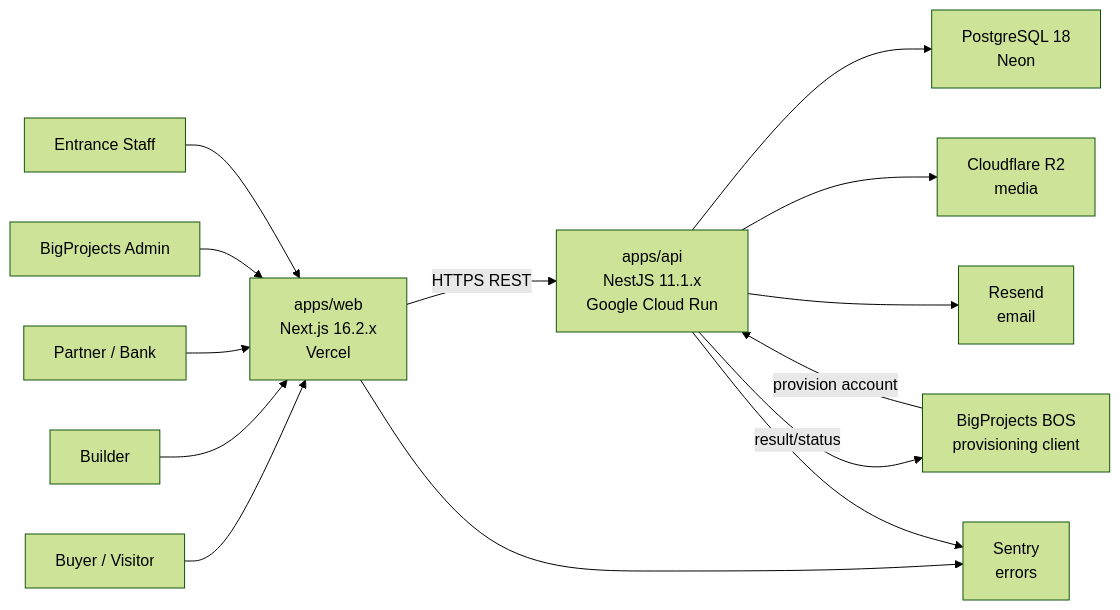
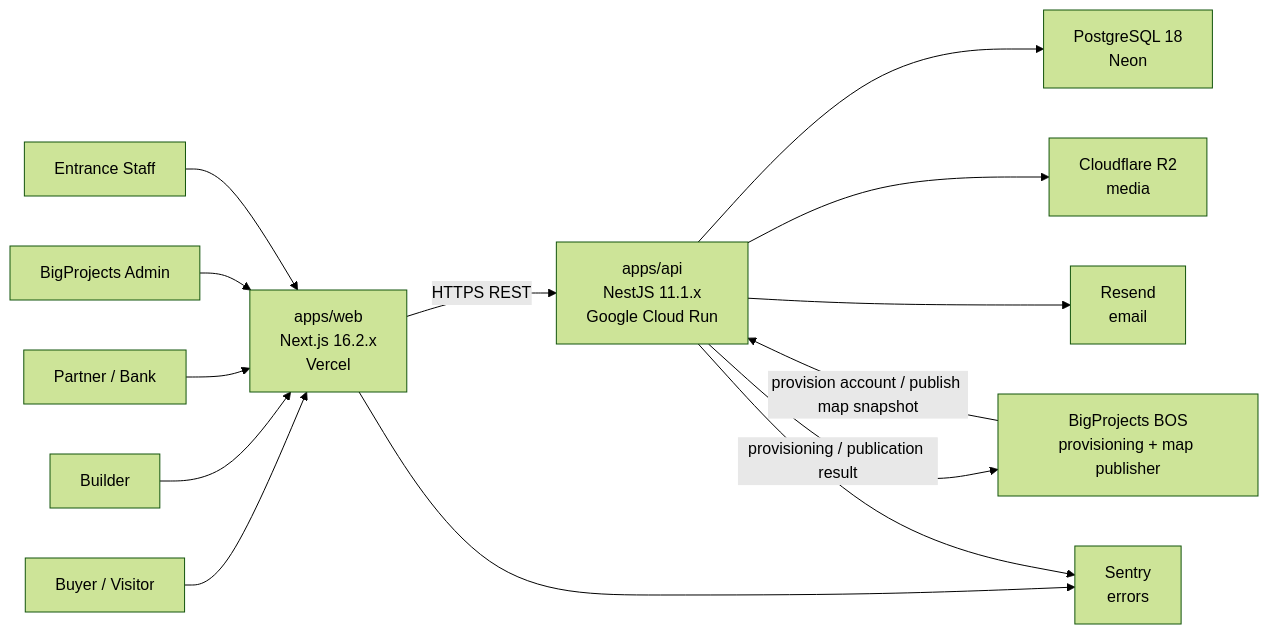
Before and after one commit to neetrino/ToonExpo_Ecosystem: the first of 6 diagrams in docs/01-ARCHITECTURE.md, drawn with Mermaid (forest theme). The commit also changed other lines of this file and 63 other files, not shown here.

````diff
--- a/docs/01-ARCHITECTURE.md
+++ b/docs/01-ARCHITECTURE.md
@@ -41,29 +41,29 @@
 ```mermaid
 flowchart LR
   Buyer["Buyer / Visitor"]
   Builder["Builder"]
   Partner["Partner / Bank"]
   Admin["BigProjects Admin"]
   Entrance["Entrance Staff"]
   Web["apps/web\nNext.js 16.2.x\nVercel"]
   Api["apps/api\nNestJS 11.1.x\nGoogle Cloud Run"]
   Db["PostgreSQL 18\nNeon"]
   R2["Cloudflare R2\nmedia"]
   Email["Resend\nemail"]
-  BOS["BigProjects BOS\nprovisioning client"]
+  BOS["BigProjects BOS\nprovisioning + map publisher"]
   Sentry["Sentry\nerrors"]
 
   Buyer --> Web
   Builder --> Web
   Partner --> Web
   Admin --> Web
   Entrance --> Web
   Web -->|"HTTPS REST"| Api
   Api --> Db
   Api --> R2
   Api --> Email
-  BOS -->|"provision account"| Api
-  Api -->|"result/status"| BOS
+  BOS -->|"provision account / publish map snapshot"| Api
+  Api -->|"provisioning / publication result"| BOS
   Web --> Sentry
   Api --> Sentry
 ```
````
